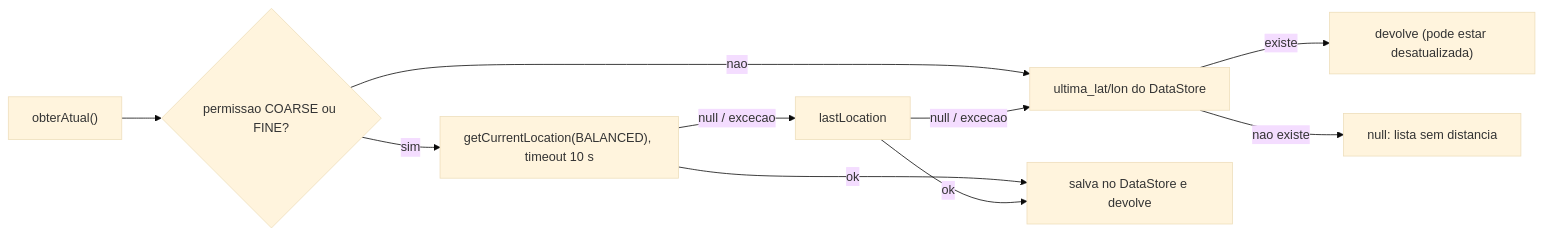
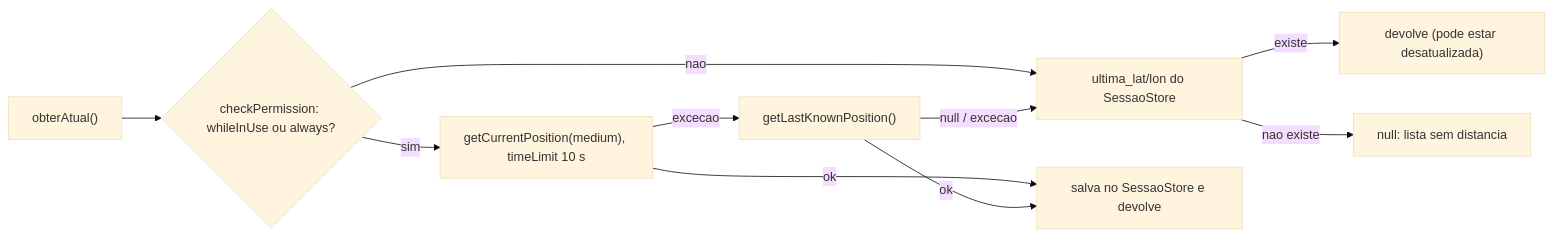
The diagram in docs/13-recurso-nativo.md (DEVigodE/so-mais-uma), drawn with Mermaid (base theme) before and after one commit. The commit also changed other lines of this file and 25 other files, not shown here.

````diff
--- a/docs/13-recurso-nativo.md
+++ b/docs/13-recurso-nativo.md
@@ -51,12 +53,12 @@
 ```mermaid
 flowchart LR
-    A["obterAtual()"] --> B{"permissao COARSE ou FINE?"}
-    B -- nao --> F["ultima_lat/lon do DataStore"]
-    B -- sim --> C["getCurrentLocation(BALANCED), timeout 10 s"]
-    C -- ok --> S["salva no DataStore e devolve"]
-    C -- null / excecao --> D["lastLocation"]
+    A["obterAtual()"] --> B{"checkPermission: whileInUse ou always?"}
+    B -- nao --> F["ultima_lat/lon do SessaoStore"]
+    B -- sim --> C["getCurrentPosition(medium), timeLimit 10 s"]
+    C -- ok --> S["salva no SessaoStore e devolve"]
+    C -- excecao --> D["getLastKnownPosition()"]
     D -- ok --> S
     D -- null / excecao --> F
     F -- existe --> G["devolve (pode estar desatualizada)"]
     F -- nao existe --> N["null: lista sem distancia"]
 ```
````
